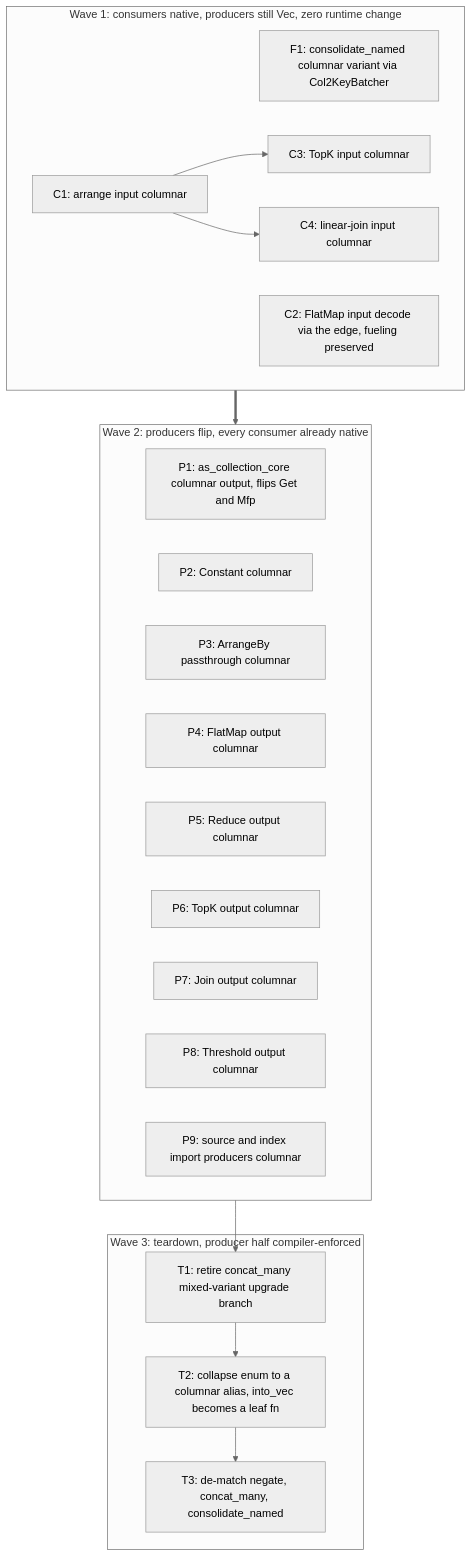
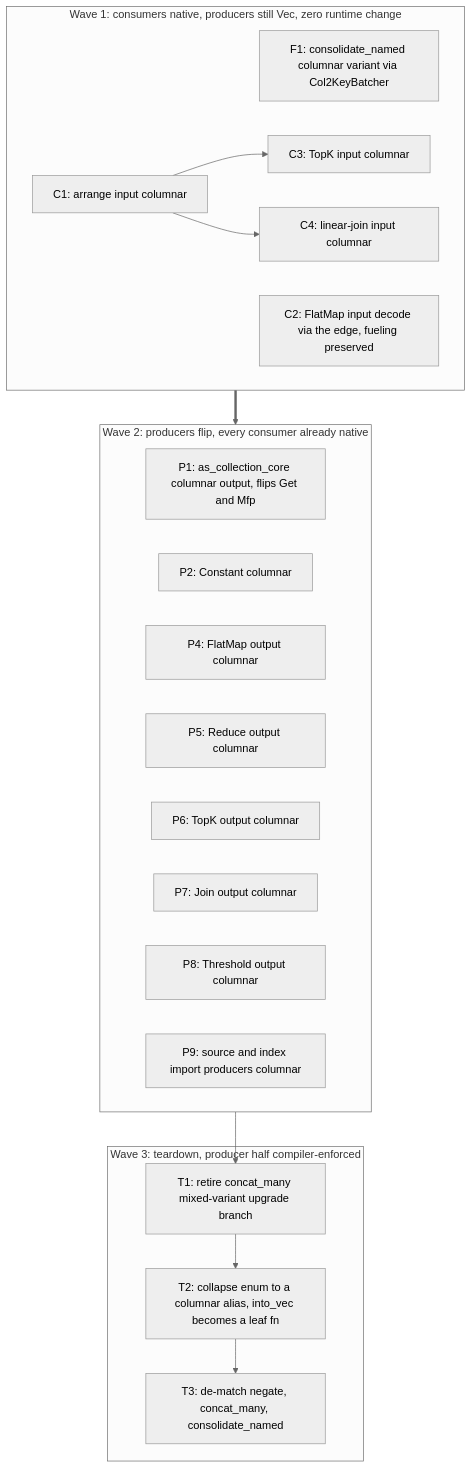
Before and after one commit to MaterializeInc/materialize: the diagram in doc/developer/design/20260720_columnar_dataflow_edges.md, drawn with Mermaid (neutral theme). The commit also changed other lines of this file, not shown here.

First line of the commit message:
doc: drop P3, ArrangeBy passthrough subsumed by C1+P1

````diff
--- a/doc/developer/design/20260720_columnar_dataflow_edges.md
+++ b/doc/developer/design/20260720_columnar_dataflow_edges.md
@@ -143,32 +143,31 @@
 ```mermaid
 graph TD
   subgraph Wave1["Wave 1: consumers native, producers still Vec, zero runtime change"]
     F1["F1: consolidate_named columnar variant via Col2KeyBatcher"]
     C1["C1: arrange input columnar"]
     C2["C2: FlatMap input decode via the edge, fueling preserved"]
     C3["C3: TopK input columnar"]
     C4["C4: linear-join input columnar"]
   end
   subgraph Wave2["Wave 2: producers flip, every consumer already native"]
     P1["P1: as_collection_core columnar output, flips Get and Mfp"]
     P2["P2: Constant columnar"]
-    P3["P3: ArrangeBy passthrough columnar"]
     P4["P4: FlatMap output columnar"]
     P5["P5: Reduce output columnar"]
     P6["P6: TopK output columnar"]
     P7["P7: Join output columnar"]
     P8["P8: Threshold output columnar"]
     P9["P9: source and index import producers columnar"]
   end
   subgraph Wave3["Wave 3: teardown, producer half compiler-enforced"]
     T1["T1: retire concat_many mixed-variant upgrade branch"]
     T2["T2: collapse enum to a columnar alias, into_vec becomes a leaf fn"]
     T3["T3: de-match negate, concat_many, consolidate_named"]
   end
   C1 --> C3
   C1 --> C4
   Wave1 ==> Wave2
   Wave2 --> T1
   T1 --> T2
   T2 --> T3
 ```
````
